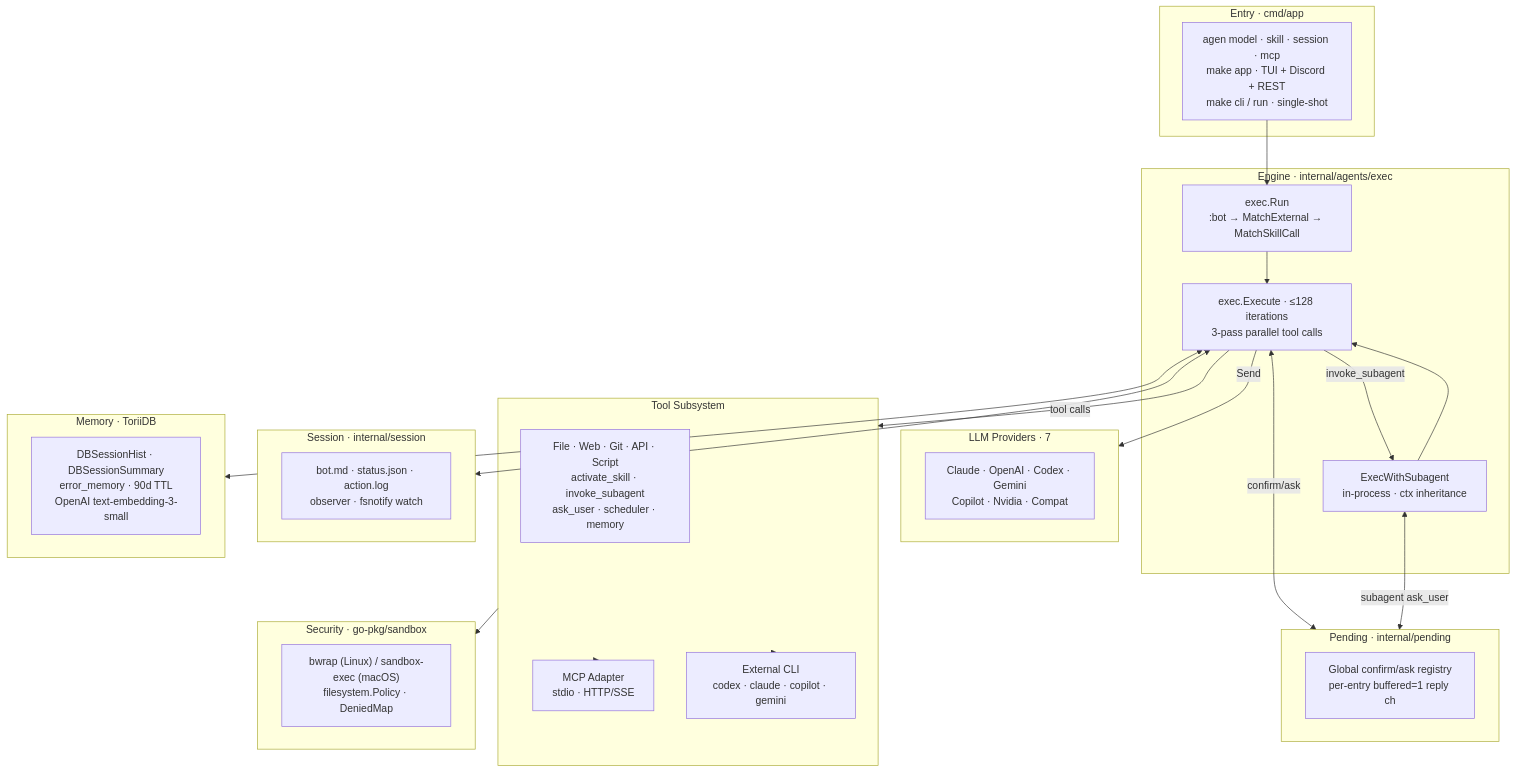
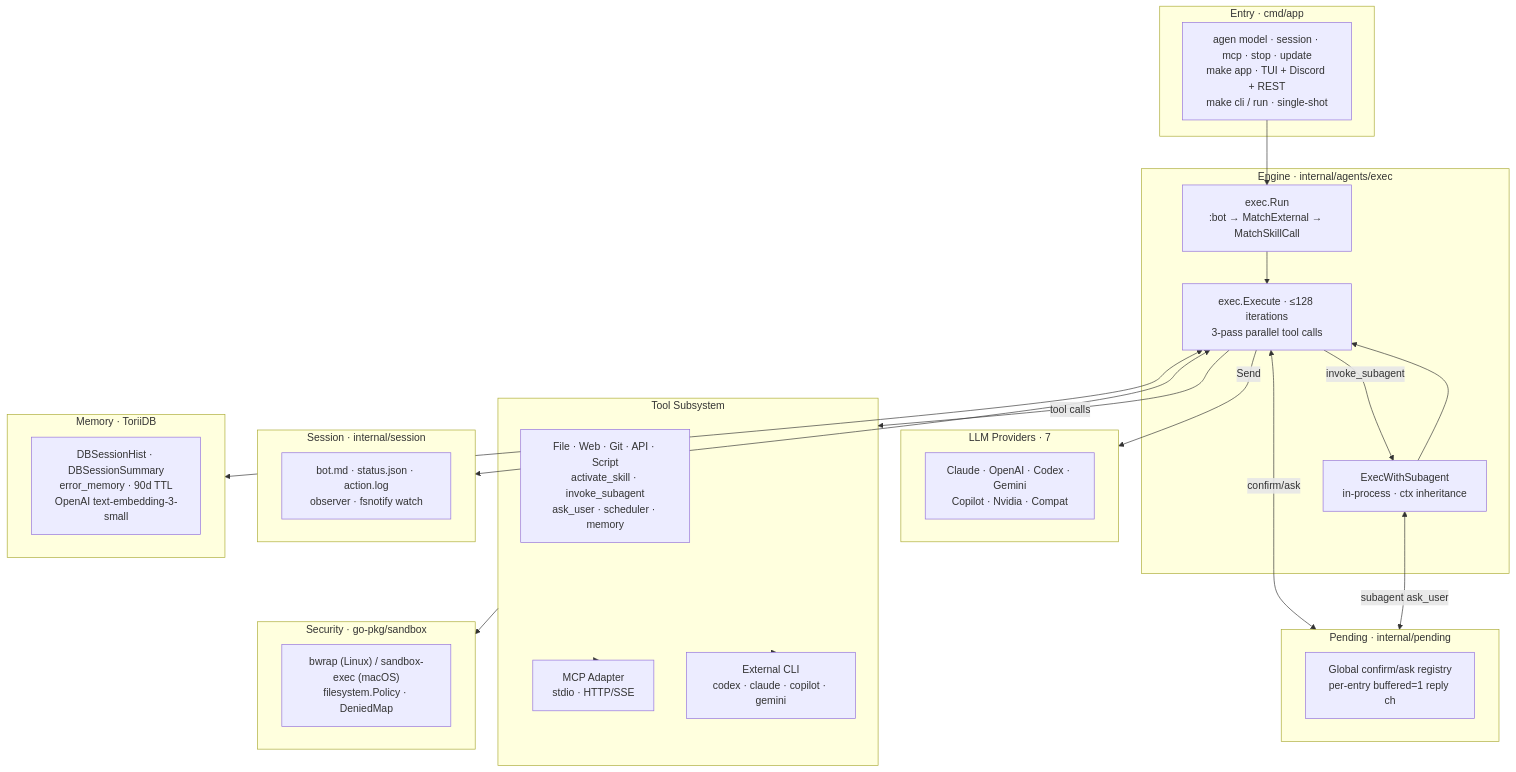
One commit to pardnchiu/Agenvoy changed the diagram in wiki/Architecture.md. Above: the diagram before and after it, drawn with Mermaid. The commit also changed other lines of this file and 5 other files, not shown here.

````diff
--- a/wiki/Architecture.md
+++ b/wiki/Architecture.md
@@ -9,52 +9,52 @@
 ```mermaid
 graph TB
     subgraph Entry["Entry · cmd/app"]
-        App["agen model · skill · session · mcp<br/>make app · TUI + Discord + REST<br/>make cli / run · single-shot"]
+        App["agen model · session · mcp · stop · update<br/>make app · TUI + Discord + REST<br/>make cli / run · single-shot"]
     end
 
     subgraph Engine["Engine · internal/agents/exec"]
         Run["exec.Run<br/>:bot → MatchExternal → MatchSkillCall"]
         Execute["exec.Execute · ≤128 iterations<br/>3-pass parallel tool calls"]
         Sub["ExecWithSubagent<br/>in-process · ctx inheritance"]
     end
 
     subgraph Pending["Pending · internal/pending"]
         Reg["Global confirm/ask registry<br/>per-entry buffered=1 reply ch"]
     end
 
     subgraph Providers["LLM Providers · 7"]
         P["Claude · OpenAI · Codex · Gemini<br/>Copilot · Nvidia · Compat"]
     end
 
     subgraph Tools["Tool Subsystem"]
         T["File · Web · Git · API · Script<br/>activate_skill · invoke_subagent<br/>ask_user · scheduler · memory"]
         MCP["MCP Adapter<br/>stdio · HTTP/SSE"]
         Ext["External CLI<br/>codex · claude · copilot · gemini"]
     end
 
     subgraph Security["Security · go-pkg/sandbox"]
         S["bwrap (Linux) / sandbox-exec (macOS)<br/>filesystem.Policy · DeniedMap"]
     end
 
     subgraph Session["Session · internal/session"]
         SL["bot.md · status.json · action.log<br/>observer · fsnotify watch"]
     end
 
     subgraph Memory["Memory · ToriiDB"]
         M["DBSessionHist · DBSessionSummary<br/>error_memory · 90d TTL<br/>OpenAI text-embedding-3-small"]
     end
 
     App --> Run
     Run --> Execute
     Execute -->|invoke_subagent| Sub
     Sub --> Execute
     Execute -->|Send| Providers
     Execute -->|tool calls| Tools
     Tools --> MCP
     Tools --> Ext
     Tools --> Security
     Execute <-->|confirm/ask| Pending
     Sub <-->|subagent ask_user| Pending
     Execute <--> Memory
     Execute <--> Session
 ```
````
